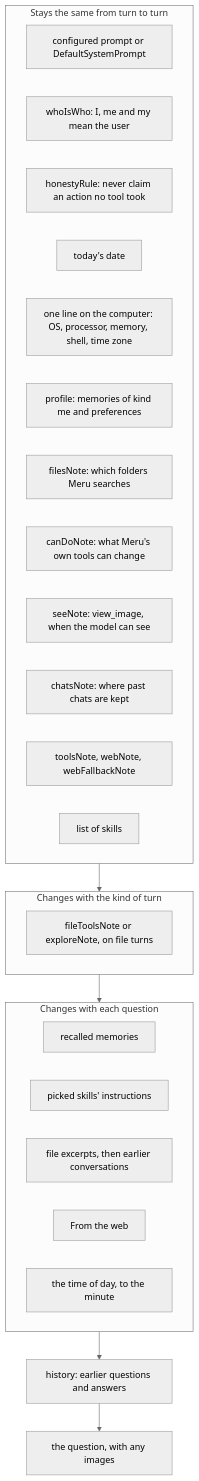
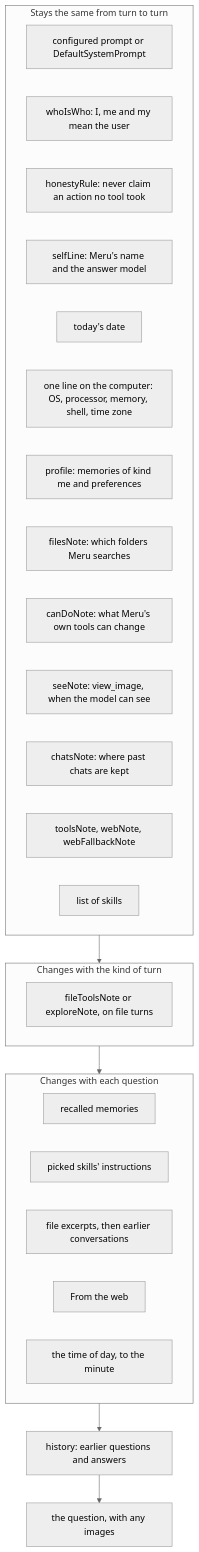
One commit to aarora79/meru changed the fourth of 7 diagrams in docs/architecture/harness.md. Above: the diagram before and after it, drawn with Mermaid (neutral theme). The commit also changed other lines of this file and 8 other files, not shown here.

First line of the commit message:
Name Meru and the answer model in every prompt

````diff
--- a/docs/architecture/harness.md
+++ b/docs/architecture/harness.md
@@ -511,29 +511,30 @@
 ```mermaid
 flowchart TB
     subgraph stable[Stays the same from turn to turn]
         a1[configured prompt or DefaultSystemPrompt]
         a2[whoIsWho: I, me and my mean the user]
         a3[honestyRule: never claim an action no tool took]
+        a3b[selfLine: Meru's name and the answer model]
         a4[today's date]
         a5[one line on the computer: OS, processor, memory, shell, time zone]
         a6[profile: memories of kind me and preferences]
         a7[filesNote: which folders Meru searches]
         a8[canDoNote: what Meru's own tools can change]
         a9[seeNote: view_image, when the model can see]
         a10[chatsNote: where past chats are kept]
         a11[toolsNote, webNote, webFallbackNote]
         a12[list of skills]
     end
     subgraph kind[Changes with the kind of turn]
         b1[fileToolsNote or exploreNote, on file turns]
     end
     subgraph changing[Changes with each question]
         c1[recalled memories]
         c2[picked skills' instructions]
         c3[file excerpts, then earlier conversations]
         c4[From the web]
         c5[the time of day, to the minute]
     end
     stable --> kind --> changing --> hist[history: earlier questions and answers]
     hist --> q[the question, with any images]
 ```
````
